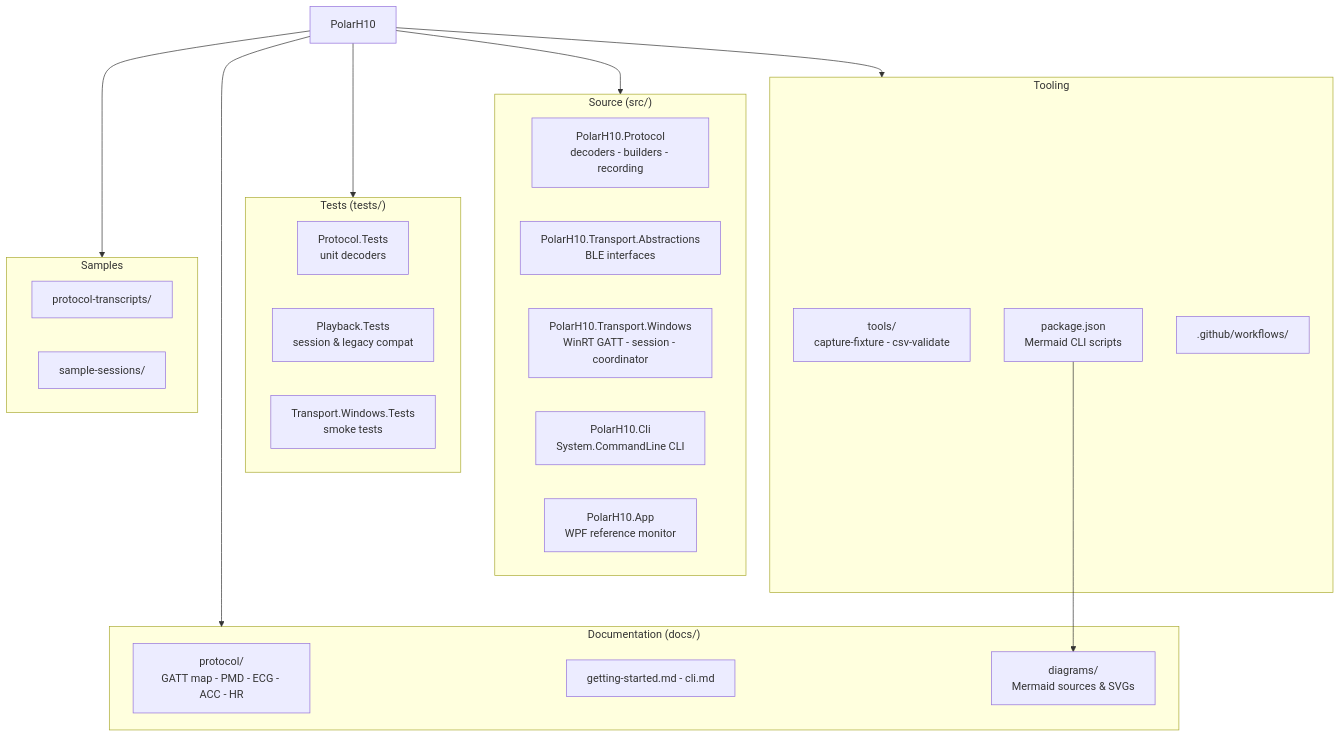
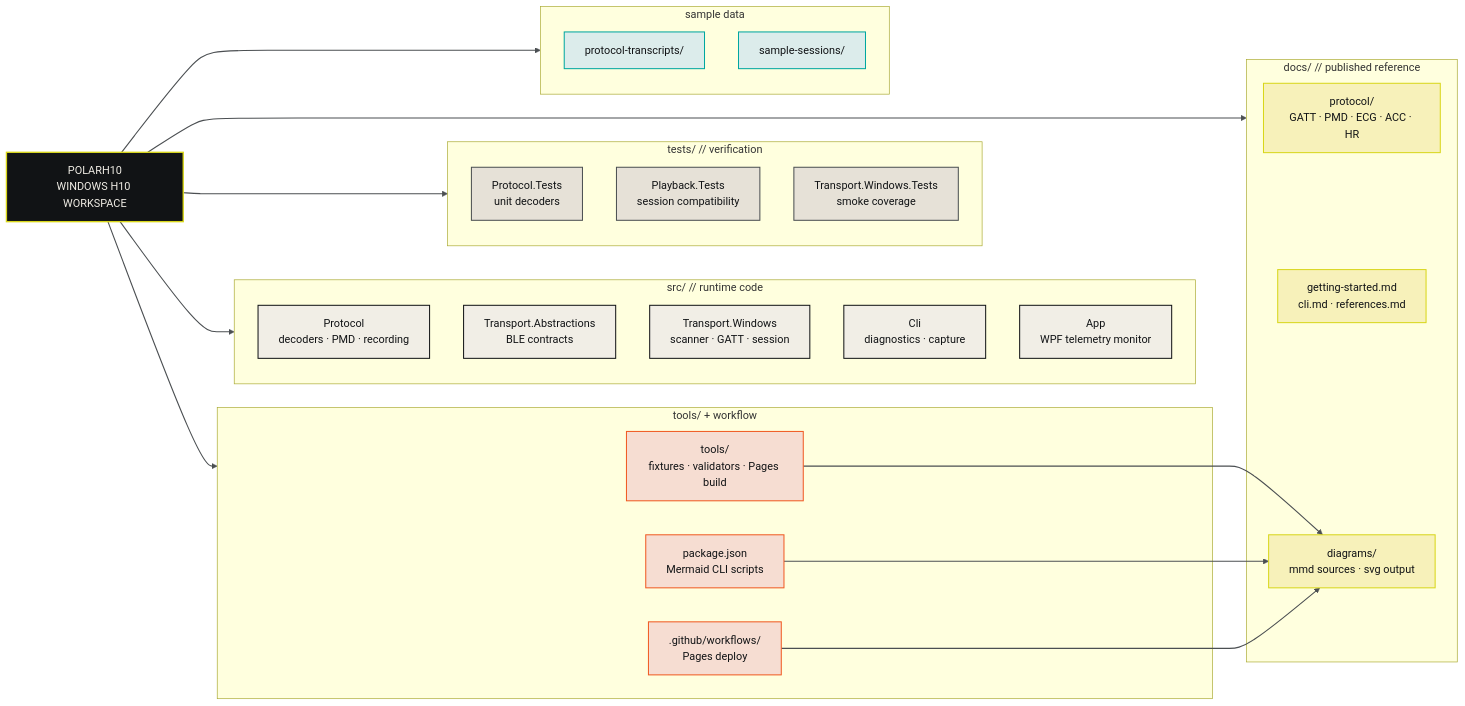
One commit to MesmerPrism/PolarH10 changed the diagram in docs/diagrams/repo-structure.mmd. Above: the diagram before and after it, drawn with Mermaid. The commit also changed 21 other files, not shown here.

Commit message:
Tighten brutal UI preview and Mermaid docs

```diff
--- a/docs/diagrams/repo-structure.mmd
+++ b/docs/diagrams/repo-structure.mmd
@@ -1,43 +1,59 @@
-%% Repo structure overview - hand-authored
-%% Shows top-level organisation of the PolarH10 workspace
+%% Repo structure overview - GitHub-facing and compact.
+%% Keep the README version lightweight; push deeper diagrams into docs/diagrams.
 
-flowchart TB
-    R["PolarH10"]
+flowchart LR
+    R["POLARH10<br/>WINDOWS H10 WORKSPACE"]
 
-    subgraph Source["Source (src/)"]
-        P1["PolarH10.Protocol\ndecoders - builders - recording"]
-        P2["PolarH10.Transport.Abstractions\nBLE interfaces"]
-        P3["PolarH10.Transport.Windows\nWinRT GATT - session - coordinator"]
-        P4["PolarH10.Cli\nSystem.CommandLine CLI"]
-        P5["PolarH10.App\nWPF reference monitor"]
+    subgraph Source["src/ // runtime code"]
+        P1["Protocol<br/>decoders · PMD · recording"]
+        P2["Transport.Abstractions<br/>BLE contracts"]
+        P3["Transport.Windows<br/>scanner · GATT · session"]
+        P4["Cli<br/>diagnostics · capture"]
+        P5["App<br/>WPF telemetry monitor"]
     end
 
-    subgraph Tests["Tests (tests/)"]
-        T1["Protocol.Tests\nunit decoders"]
-        T2["Playback.Tests\nsession & legacy compat"]
-        T3["Transport.Windows.Tests\nsmoke tests"]
+    subgraph Tests["tests/ // verification"]
+        T1["Protocol.Tests<br/>unit decoders"]
+        T2["Playback.Tests<br/>session compatibility"]
+        T3["Transport.Windows.Tests<br/>smoke coverage"]
     end
 
-    subgraph Docs["Documentation (docs/)"]
-        D1["protocol/\nGATT map - PMD - ECG - ACC - HR"]
-        D2["getting-started.md - cli.md"]
-        D3["diagrams/\nMermaid sources & SVGs"]
+    subgraph Docs["docs/ // published reference"]
+        D1["protocol/<br/>GATT · PMD · ECG · ACC · HR"]
+        D2["getting-started.md<br/>cli.md · references.md"]
+        D3["diagrams/<br/>mmd sources · svg output"]
     end
 
-    subgraph Tooling["Tooling"]
-        TL1["tools/\ncapture-fixture - csv-validate"]
-        TL2["package.json\nMermaid CLI scripts"]
-        TL3[".github/workflows/"]
+    subgraph Tooling["tools/ + workflow"]
+        TL1["tools/<br/>fixtures · validators · Pages build"]
+        TL2["package.json<br/>Mermaid CLI scripts"]
+        TL3[".github/workflows/<br/>Pages deploy"]
     end
 
-    subgraph Samples["Samples"]
+    subgraph Samples["sample data"]
         S1["protocol-transcripts/"]
         S2["sample-sessions/"]
     end
 
     R --> Source
     R --> Tests
     R --> Docs
     R --> Tooling
     R --> Samples
+    TL1 --> D3
     TL2 --> D3
+    TL3 --> D3
+
+    classDef hub fill:#111315,stroke:#D8D61A,color:#F1EEE6,stroke-width:2px;
+    classDef source fill:#F1EEE6,stroke:#111315,color:#111315,stroke-width:1.5px;
+    classDef tests fill:#E6E1D7,stroke:#4B4F52,color:#111315,stroke-width:1.5px;
+    classDef docs fill:#F7F1BA,stroke:#D8D61A,color:#111315,stroke-width:1.5px;
+    classDef tooling fill:#F6DDD2,stroke:#F05A22,color:#111315,stroke-width:1.5px;
+    classDef sample fill:#DCECEB,stroke:#00A7A0,color:#111315,stroke-width:1.5px;
+    class R hub;
+    class P1,P2,P3,P4,P5 source;
+    class T1,T2,T3 tests;
+    class D1,D2,D3 docs;
+    class TL1,TL2,TL3 tooling;
+    class S1,S2 sample;
+    linkStyle default stroke:#4B4F52,stroke-width:1.6px;
```
